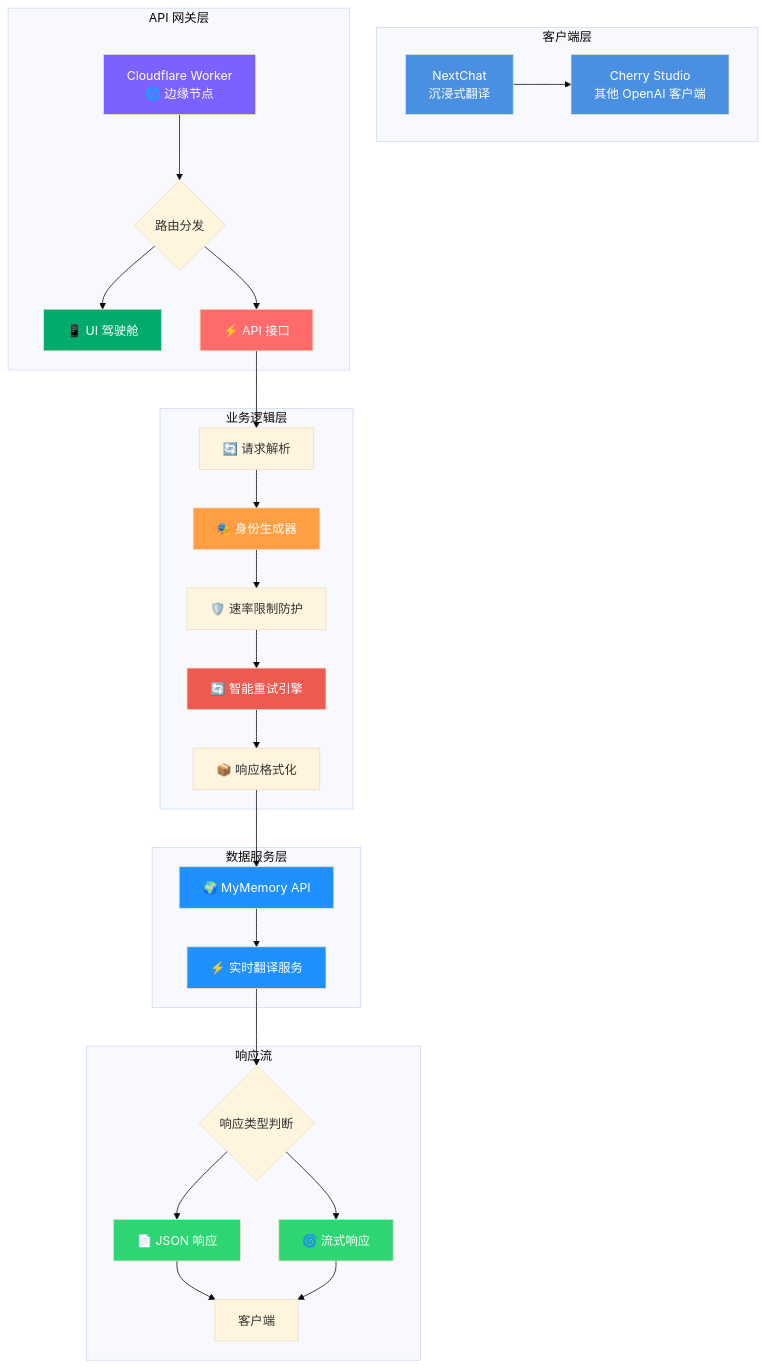
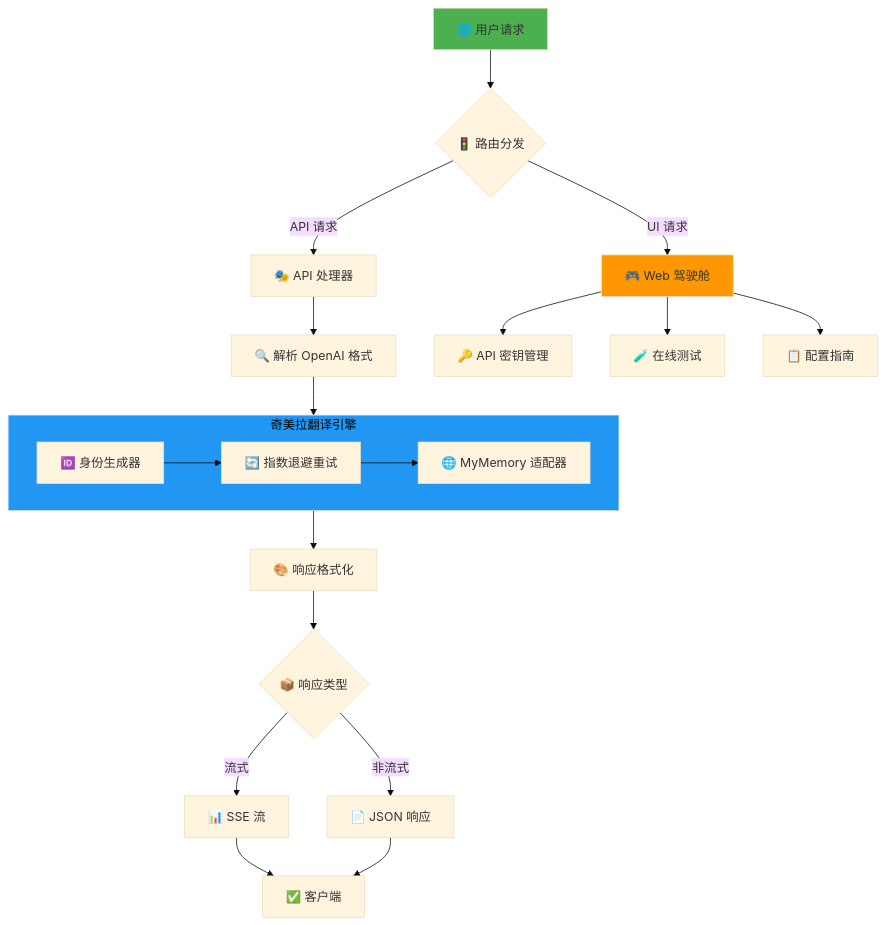
Before and after one commit to lza6/mymemory-2api-cfwork: the first of 3 diagrams in README.md, drawn with Mermaid (base theme). The commit also changed other lines of this file, not shown here.

````diff
--- a/README.md
+++ b/README.md
@@ -57,45 +47,32 @@
 ```mermaid
 graph TB
-    subgraph "客户端层"
-        A[NextChat<br/>沉浸式翻译] --> B[Cherry Studio<br/>其他 OpenAI 客户端]
+    A[🌐 用户请求] --> B{🚦 路由分发}
+    B -->|API 请求| C[🎭 API 处理器]
+    B -->|UI 请求| D[🎮 Web 驾驶舱]
+    
+    C --> E[🔍 解析 OpenAI 格式]
+    E --> F[🧠 翻译引擎]
+    
+    subgraph F [奇美拉翻译引擎]
+        F1[🆔 身份生成器]
+        F2[🔄 指数退避重试]
+        F3[🌐 MyMemory 适配器]
+        F1 --> F2 --> F3
     end
     
-    subgraph "API 网关层"
-        C[Cloudflare Worker<br/>🌐 边缘节点] --> D{路由分发}
-        D --> E[📱 UI 驾驶舱]
-        D --> F[⚡ API 接口]
-    end
+    F --> G[🎨 响应格式化]
+    G --> H{📦 响应类型}
+    H -->|流式| I[📊 SSE 流]
+    H -->|非流式| J[📄 JSON 响应]
     
-    subgraph "业务逻辑层"
-        F --> G[🔄 请求解析]
-        G --> H[🎭 身份生成器]
-        H --> I[🛡️ 速率限制防护]
-        I --> J[🔄 智能重试引擎]
-        J --> K[📦 响应格式化]
-    end
+    I --> K[✅ 客户端]
+    J --> K
     
-    subgraph "数据服务层"
-        K --> L[🌍 MyMemory API]
-        L --> M[⚡ 实时翻译服务]
-    end
+    D --> L[🔑 API 密钥管理]
+    D --> M[🧪 在线测试]
+    D --> N[📋 配置指南]
     
-    subgraph "响应流"
-        M --> N{响应类型判断}
-        N --> O[📄 JSON 响应]
-        N --> P[🌀 流式响应]
-        O --> Q[客户端]
-        P --> Q
-    end
-    
-    style A fill:#4a90e2,color:#fff
-    style B fill:#4a90e2,color:#fff
-    style C fill:#7b61ff,color:#fff
-    style E fill:#00ab6b,color:#fff
-    style F fill:#ff6b6b,color:#fff
-    style H fill:#ff9f43,color:#fff
-    style J fill:#ee5a52,color:#fff
-    style L fill:#1e90ff,color:#fff
-    style M fill:#1e90ff,color:#fff
-    style O fill:#2ed573,color:#fff
-    style P fill:#2ed573,color:#fff
+    style A fill:#4CAF50
+    style F fill:#2196F3
+    style D fill:#FF9800
 ```
````
